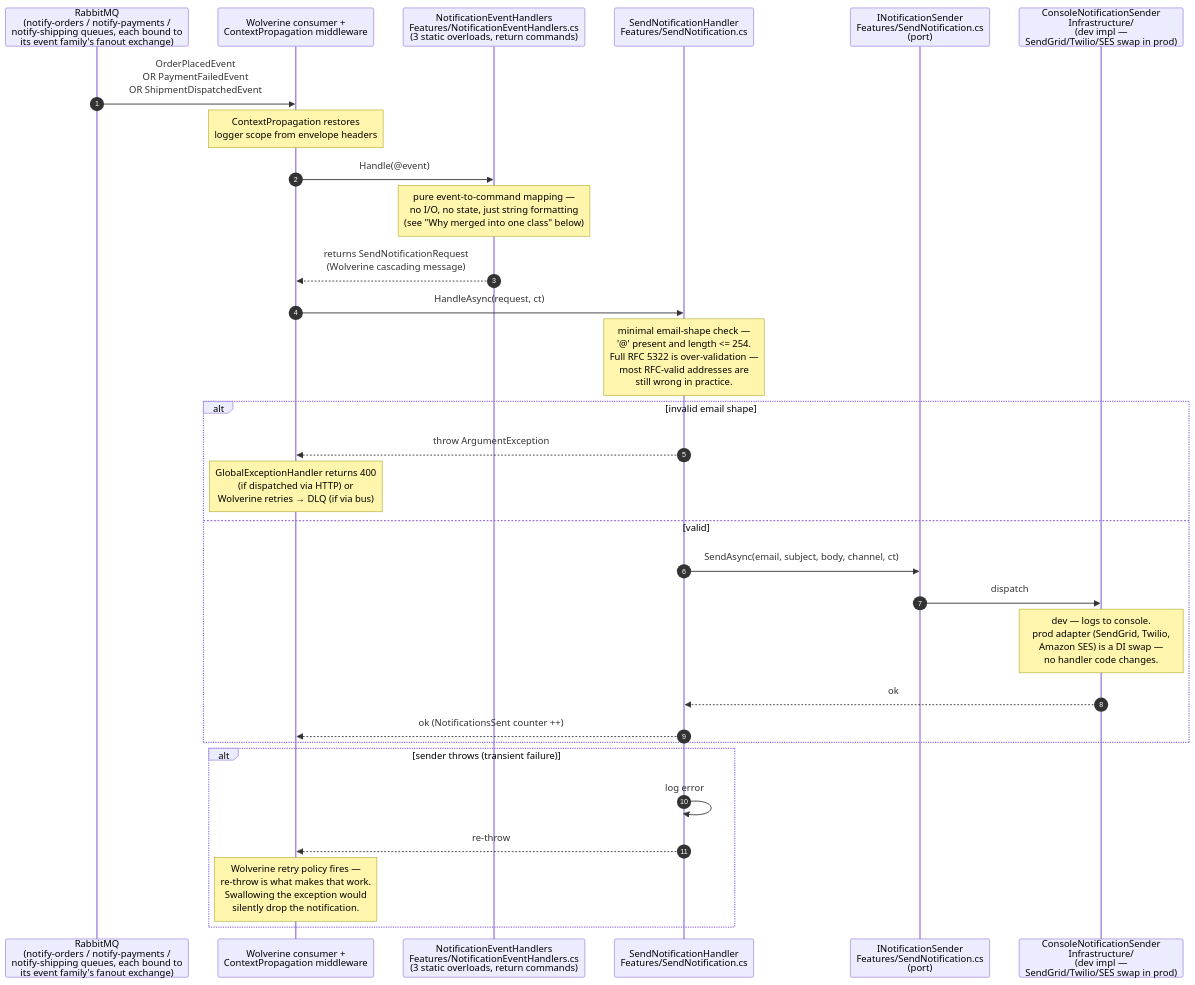
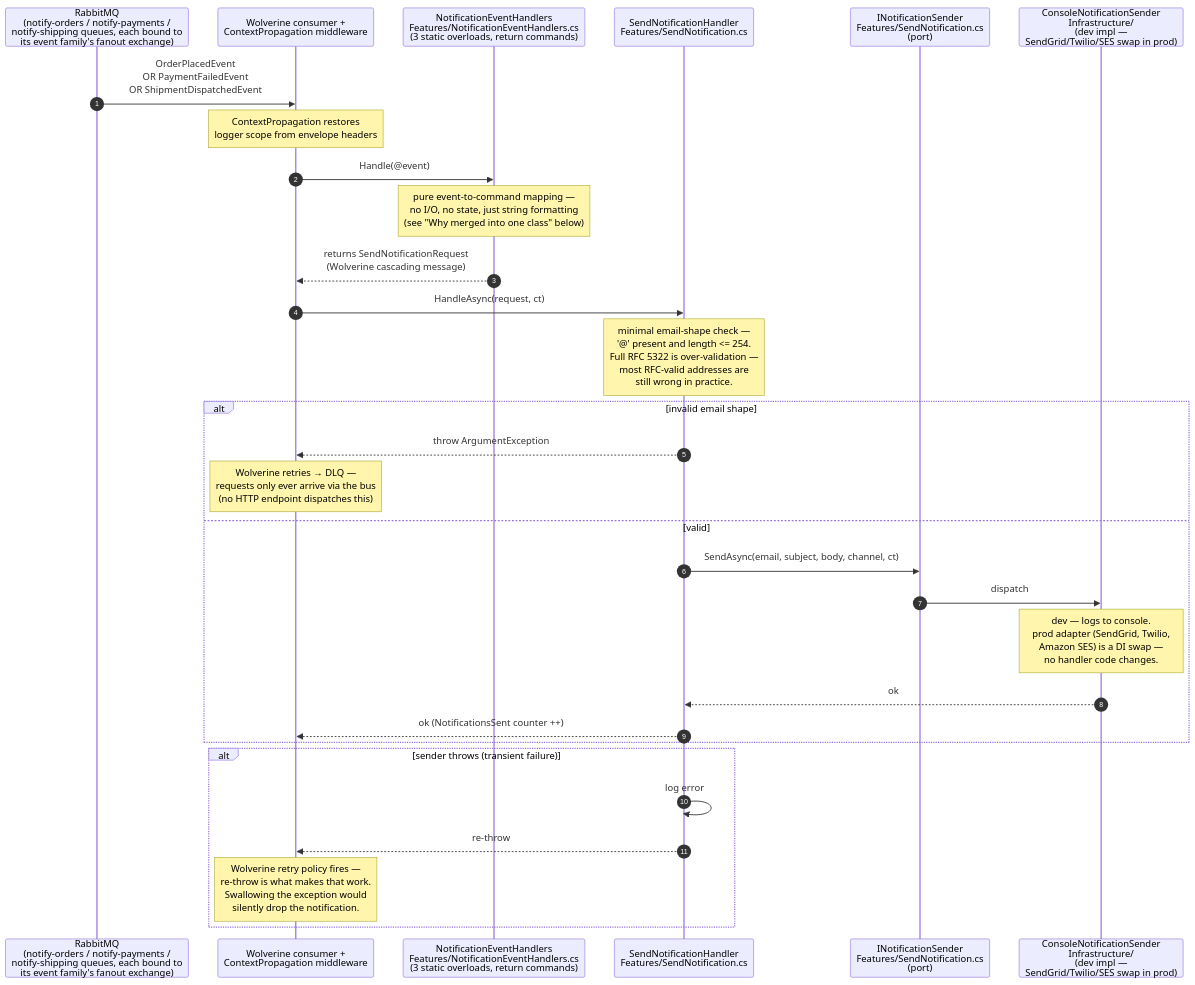
One commit to emeraldleaf/NextAurora changed the first of 2 diagrams in docs/code-flows/notificationservice.md. Above: the diagram before and after it, drawn with Mermaid. The commit also changed 46 other files, not shown here.

````diff
--- a/docs/code-flows/notificationservice.md
+++ b/docs/code-flows/notificationservice.md
@@ -13,36 +13,36 @@
 ```mermaid
 sequenceDiagram
     autonumber
     participant MQ as RabbitMQ<br/>(notify-orders / notify-payments /<br/>notify-shipping queues, each bound to<br/>its event family's fanout exchange)
     participant W as Wolverine consumer +<br/>ContextPropagation middleware
     participant EH as NotificationEventHandlers<br/>Features/NotificationEventHandlers.cs<br/>(3 static overloads, return commands)
     participant SH as SendNotificationHandler<br/>Features/SendNotification.cs
     participant Send as INotificationSender<br/>Features/SendNotification.cs<br/>(port)
     participant CS as ConsoleNotificationSender<br/>Infrastructure/<br/>(dev impl —<br/>SendGrid/Twilio/SES swap in prod)
 
     MQ->>W: OrderPlacedEvent<br/>OR PaymentFailedEvent<br/>OR ShipmentDispatchedEvent
     Note over W: ContextPropagation restores<br/>logger scope from envelope headers
     W->>EH: Handle(@event)
     Note over EH: pure event-to-command mapping —<br/>no I/O, no state, just string formatting<br/>(see "Why merged into one class" below)
     EH-->>W: returns SendNotificationRequest<br/>(Wolverine cascading message)
     W->>SH: HandleAsync(request, ct)
 
     Note over SH: minimal email-shape check —<br/>'@' present and length <= 254.<br/>Full RFC 5322 is over-validation —<br/>most RFC-valid addresses are<br/>still wrong in practice.
 
     alt invalid email shape
         SH-->>W: throw ArgumentException
-        Note over W: GlobalExceptionHandler returns 400<br/>(if dispatched via HTTP) or<br/>Wolverine retries → DLQ (if via bus)
+        Note over W: Wolverine retries → DLQ —<br/>requests only ever arrive via the bus<br/>(no HTTP endpoint dispatches this)
     else valid
         SH->>Send: SendAsync(email, subject, body, channel, ct)
         Send->>CS: dispatch
         Note over CS: dev — logs to console.<br/>prod adapter (SendGrid, Twilio,<br/>Amazon SES) is a DI swap —<br/>no handler code changes.
         CS-->>SH: ok
         SH-->>W: ok (NotificationsSent counter ++)
     end
 
     alt sender throws (transient failure)
         SH->>SH: log error
         SH-->>W: re-throw
         Note over W: Wolverine retry policy fires —<br/>re-throw is what makes that work.<br/>Swallowing the exception would<br/>silently drop the notification.
     end
 ```
````
